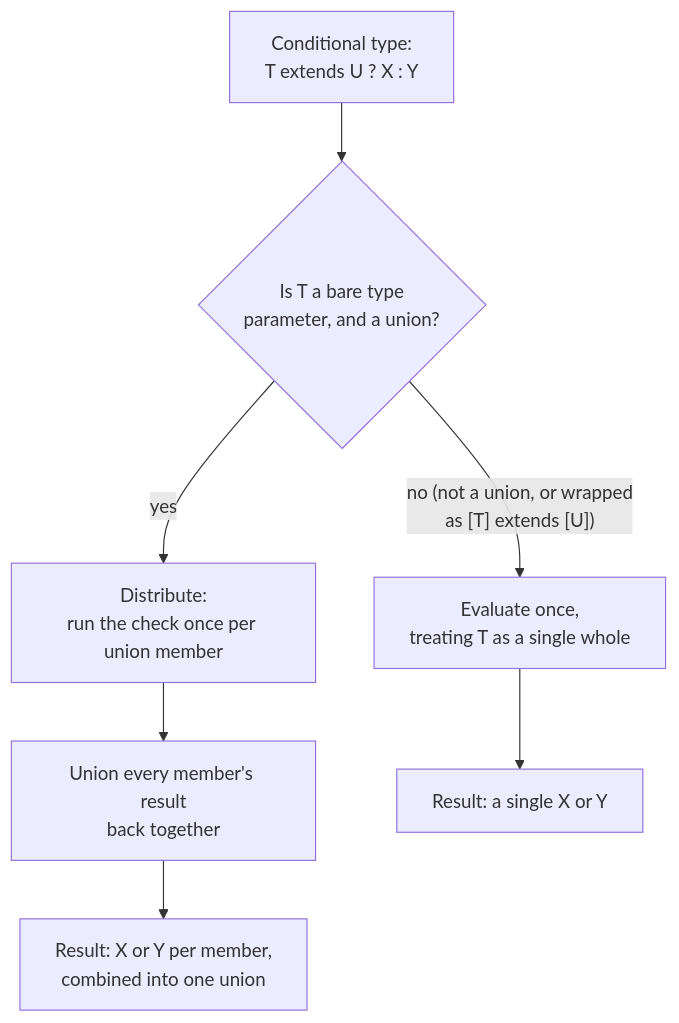
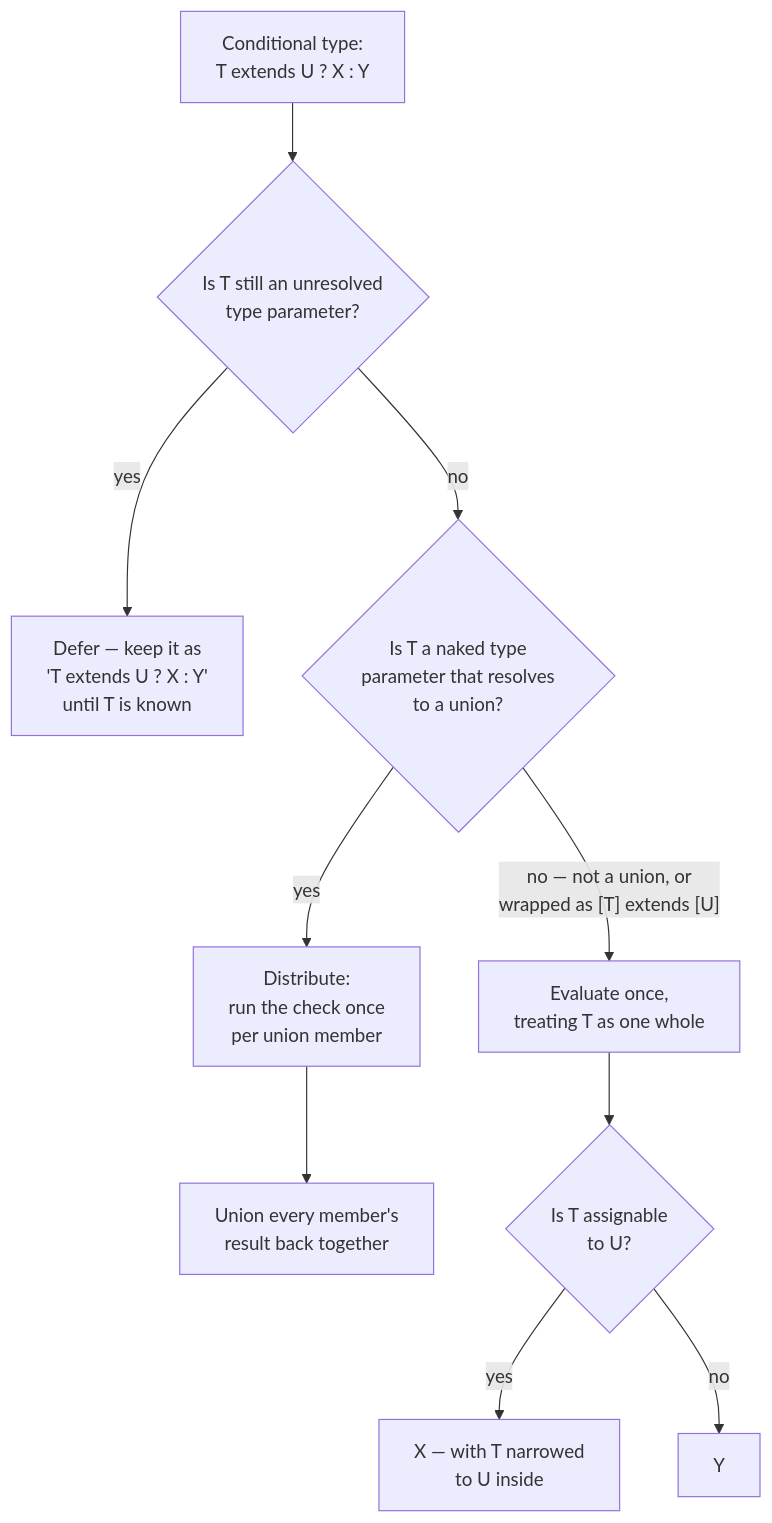
Before and after one commit to cheer-cho/LearningCourse--TypeScript--build-by-Claude-Code: the second of 7 diagrams in 08-type-system-deep-dive/LESSON.md, drawn with Mermaid. The commit also changed other lines of this file and 79 other files, not shown here.

````diff
--- a/08-type-system-deep-dive/LESSON.md
+++ b/08-type-system-deep-dive/LESSON.md
@@ -35,9 +274,12 @@
 ```mermaid
 flowchart TD
-    A["Conditional type:<br/>T extends U ? X : Y"] --> B{"Is T a bare type<br/>parameter, and a union?"}
-    B -- "yes" --> C["Distribute:<br/>run the check once per union member"]
-    C --> D["Union every member's result<br/>back together"]
-    B -- "no (not a union, or wrapped<br/>as [T] extends [U])" --> E["Evaluate once,<br/>treating T as a single whole"]
-    D --> F["Result: X or Y per member,<br/>combined into one union"]
-    E --> G["Result: a single X or Y"]
+    A["Conditional type:<br/>T extends U ? X : Y"] --> Z{"Is T still an unresolved<br/>type parameter?"}
+    Z -- "yes" --> DEF["Defer — keep it as<br/>'T extends U ? X : Y'<br/>until T is known"]
+    Z -- "no" --> B{"Is T a naked type<br/>parameter that resolves<br/>to a union?"}
+    B -- "yes" --> C["Distribute:<br/>run the check once<br/>per union member"]
+    C --> D["Union every member's<br/>result back together"]
+    B -- "no — not a union, or<br/>wrapped as [T] extends [U]" --> E["Evaluate once,<br/>treating T as one whole"]
+    E --> F{"Is T assignable<br/>to U?"}
+    F -- "yes" --> X["X — with T narrowed<br/>to U inside"]
+    F -- "no" --> Y["Y"]
 ```
````
